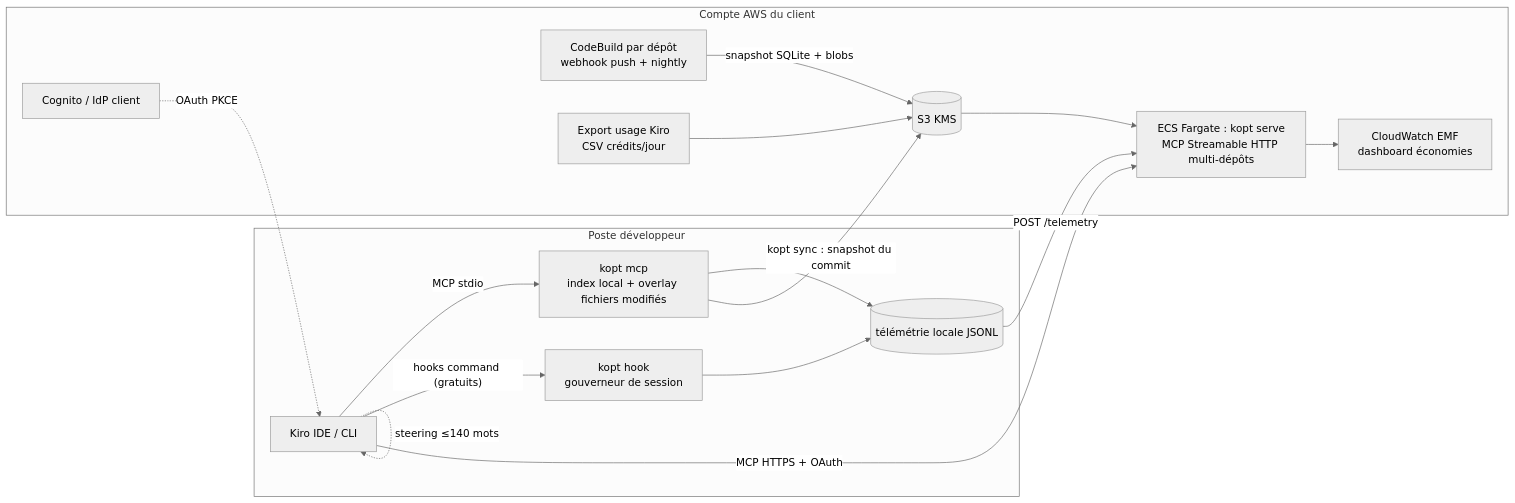
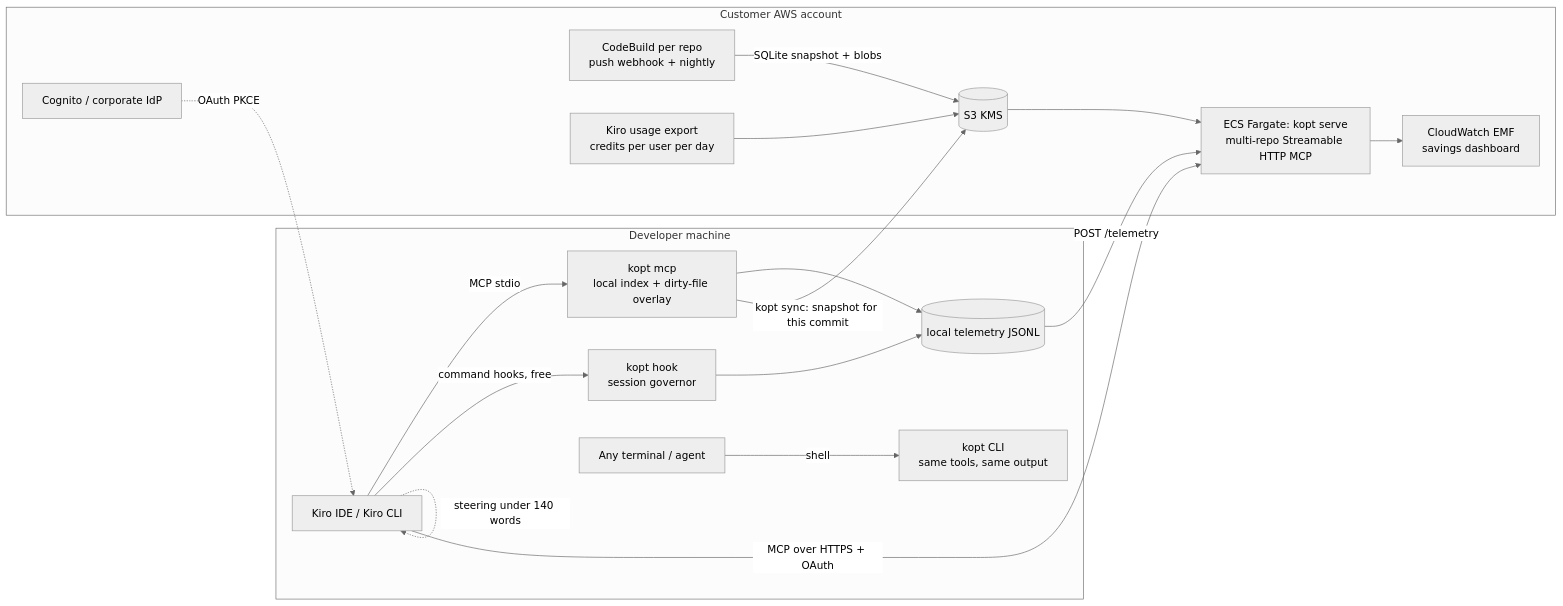
One commit to dorian-richard/kiro-optimizer changed the diagram in docs/ARCHITECTURE.md. Above: the diagram before and after it, drawn with Mermaid (neutral theme). The commit also changed other lines of this file and 1 other file, not shown here.

Commit message:
Docs: English README and architecture, surface compatibility matrix

````diff
--- a/docs/ARCHITECTURE.md
+++ b/docs/ARCHITECTURE.md
@@ -57,20 +64,21 @@
 ```mermaid
 flowchart LR
-  subgraph Poste développeur
-    K[Kiro IDE / CLI] -- MCP stdio --> L[kopt mcp<br/>index local + overlay fichiers modifiés]
-    K -- hooks command (gratuits) --> H[kopt hook<br/>gouverneur de session]
-    K -. steering ≤140 mots .-> K
-    H --> T[(télémétrie locale JSONL)]
+  subgraph Developer machine
+    K[Kiro IDE / Kiro CLI] -- MCP stdio --> L[kopt mcp<br/>local index + dirty-file overlay]
+    K -- command hooks, free --> H[kopt hook<br/>session governor]
+    K -. steering under 140 words .-> K
+    T2[Any terminal / agent] -- shell --> C2[kopt CLI<br/>same tools, same output]
+    H --> T[(local telemetry JSONL)]
     L --> T
   end
-  subgraph Compte AWS du client
-    CB[CodeBuild par dépôt<br/>webhook push + nightly] -->|snapshot SQLite + blobs| S3[(S3 KMS)]
-    S3 --> F[ECS Fargate : kopt serve<br/>MCP Streamable HTTP multi-dépôts]
-    C[Cognito / IdP client] -. OAuth PKCE .-> K
-    F --> CW[CloudWatch EMF<br/>dashboard économies]
-    KU[Export usage Kiro<br/>CSV crédits/jour] --> S3
+  subgraph Customer AWS account
+    CB[CodeBuild per repo<br/>push webhook + nightly] -->|SQLite snapshot + blobs| S3[(S3 KMS)]
+    S3 --> F[ECS Fargate: kopt serve<br/>multi-repo Streamable HTTP MCP]
+    C[Cognito / corporate IdP] -. OAuth PKCE .-> K
+    F --> CW[CloudWatch EMF<br/>savings dashboard]
+    KU[Kiro usage export<br/>credits per user per day] --> S3
   end
-  K -- MCP HTTPS + OAuth --> F
+  K -- MCP over HTTPS + OAuth --> F
   T -- POST /telemetry --> F
-  L -- kopt sync : snapshot du commit --> S3
+  L -- kopt sync: snapshot for this commit --> S3
 ```
````
